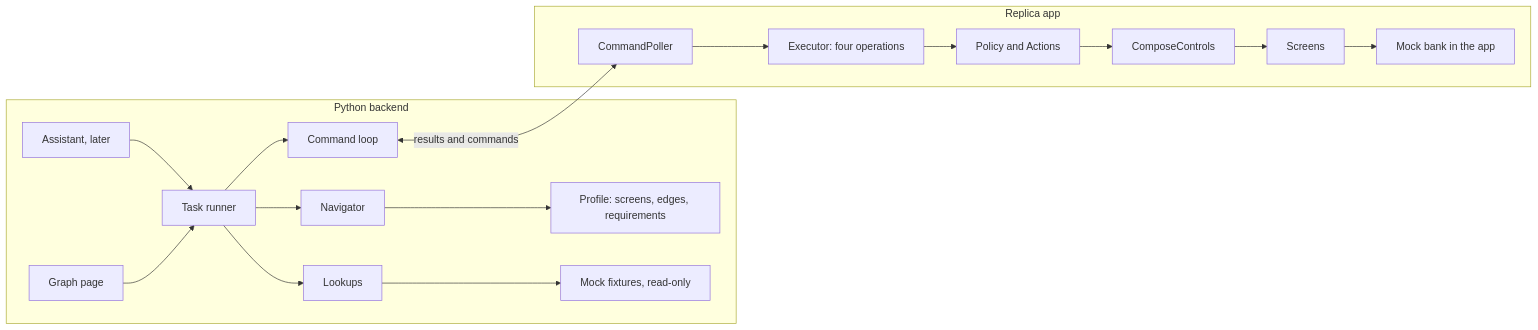
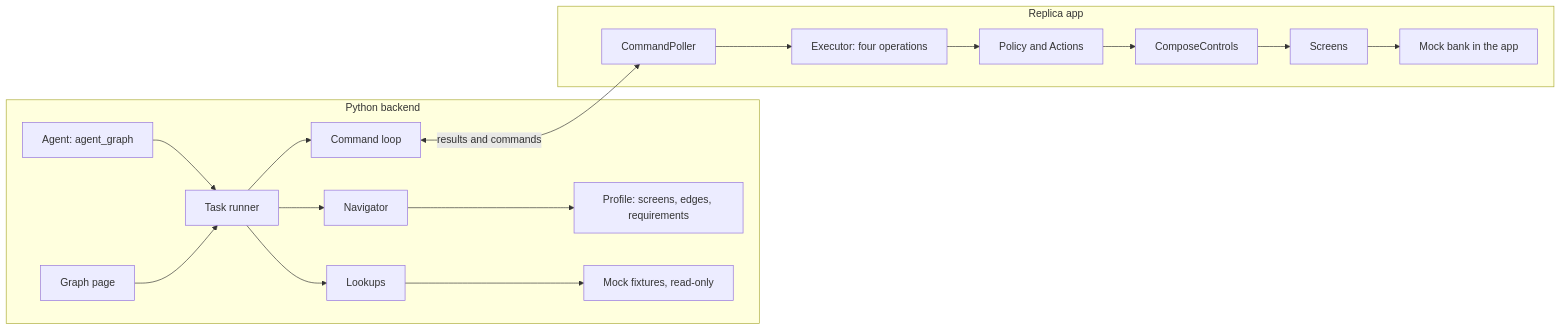
One commit to Hooman1996/RagBot-Assistant changed the diagram in docs/bridge/README.md. Above: the diagram before and after it, drawn with Mermaid. The commit also changed other lines of this file and 44 other files, not shown here.

````diff
--- a/docs/bridge/README.md
+++ b/docs/bridge/README.md
@@ -12,20 +12,20 @@
 ```mermaid
 flowchart LR
     subgraph backend [Python backend]
-        A[Assistant, later] --> R[Task runner]
+        A[Agent: agent_graph] --> R[Task runner]
         G[Graph page] --> R
         R --> N[Navigator]
         N --> F[Profile: screens, edges, requirements]
         R --> K[Lookups]
         K --> M[Mock fixtures, read-only]
         R --> L[Command loop]
     end
     subgraph app [Replica app]
         P[CommandPoller] --> E[Executor: four operations]
         E --> X[Policy and Actions]
         X --> C[ComposeControls]
         C --> S[Screens]
         S --> B[Mock bank in the app]
     end
     L <-->|results and commands| P
 ```
````
